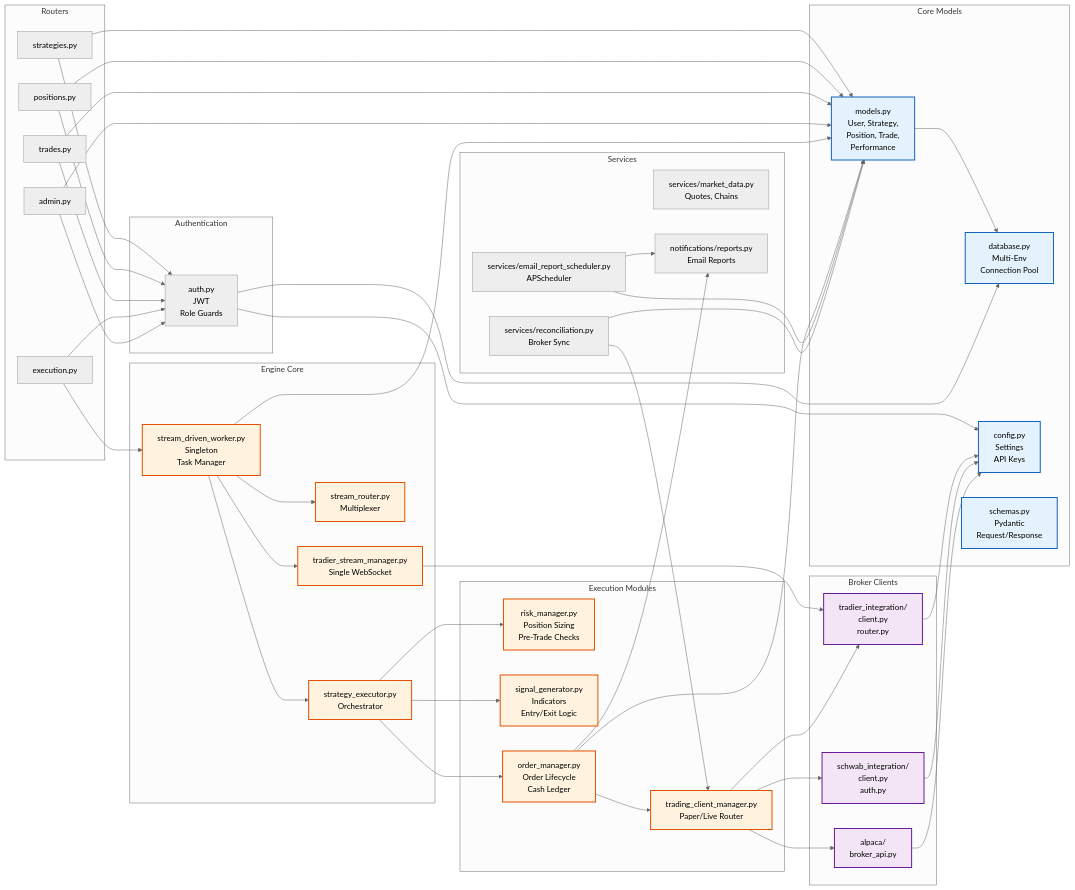
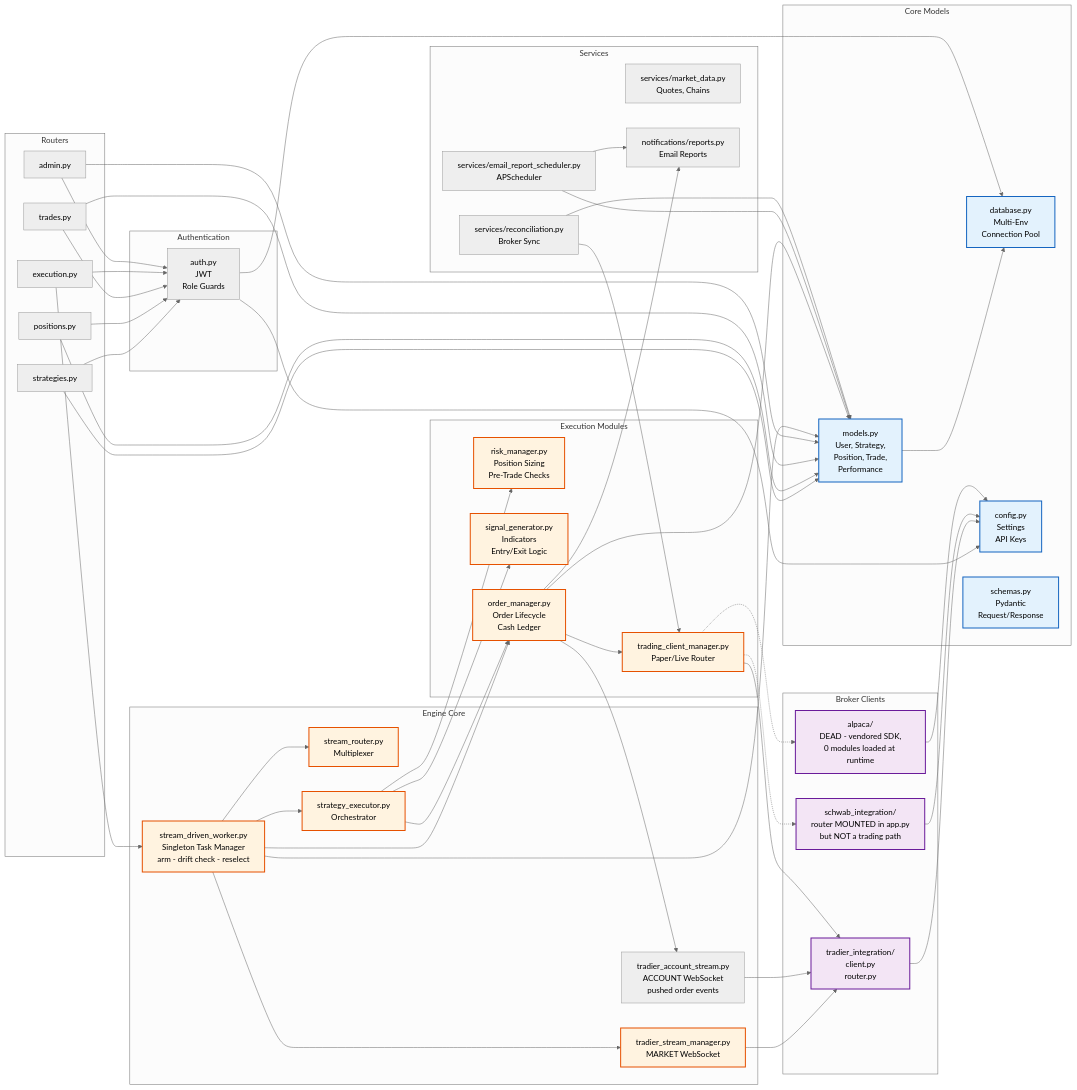
Before and after one commit to PirateKingSteve-0/VegaPunkR: the fifth of 10 diagrams in docs/architecture-diagram.md, drawn with Mermaid (neutral theme). The commit also changed other lines of this file, not shown here.

Commit message:
updated architecture-diagram. might need double checking

```diff
--- a/docs/architecture-diagram.md
+++ b/docs/architecture-diagram.md
@@ -454,8 +458,9 @@
     end
 
     subgraph "Engine Core"
-        SDW[stream_driven_worker.py<br/>Singleton<br/>Task Manager]
-        TSM[tradier_stream_manager.py<br/>Single WebSocket]
+        SDW[stream_driven_worker.py<br/>Singleton Task Manager<br/>arm - drift check - reselect]
+        TSM[tradier_stream_manager.py<br/>MARKET WebSocket]
+        TAS[tradier_account_stream.py<br/>ACCOUNT WebSocket<br/>pushed order events]
         SR[stream_router.py<br/>Multiplexer]
         SE[strategy_executor.py<br/>Orchestrator]
     end
@@ -469,8 +474,8 @@
 
     subgraph "Broker Clients"
         TC[tradier_integration/<br/>client.py<br/>router.py]
-        SC[schwab_integration/<br/>client.py<br/>auth.py]
-        AC[alpaca/<br/>broker_api.py]
+        SC[schwab_integration/<br/>router MOUNTED in app.py<br/>but NOT a trading path]
+        AC[alpaca/<br/>DEAD - vendored SDK,<br/>0 modules loaded at runtime]
     end
 
     subgraph "Services"
@@ -501,8 +506,10 @@
     SDW --> SR
     SDW --> SE
     SDW --> M
+    SDW --> OM
 
     TSM --> TC
+    TAS --> TC
 
     SE --> RM
     SE --> SG
@@ -511,10 +518,11 @@
     OM --> TCM
     OM --> M
     OM --> RPT
+    OM --> TAS
 
     TCM --> TC
-    TCM --> SC
-    TCM --> AC
+    TCM -.-> SC
+    TCM -.-> AC
 
     TC --> CFG
     SC --> CFG
```
